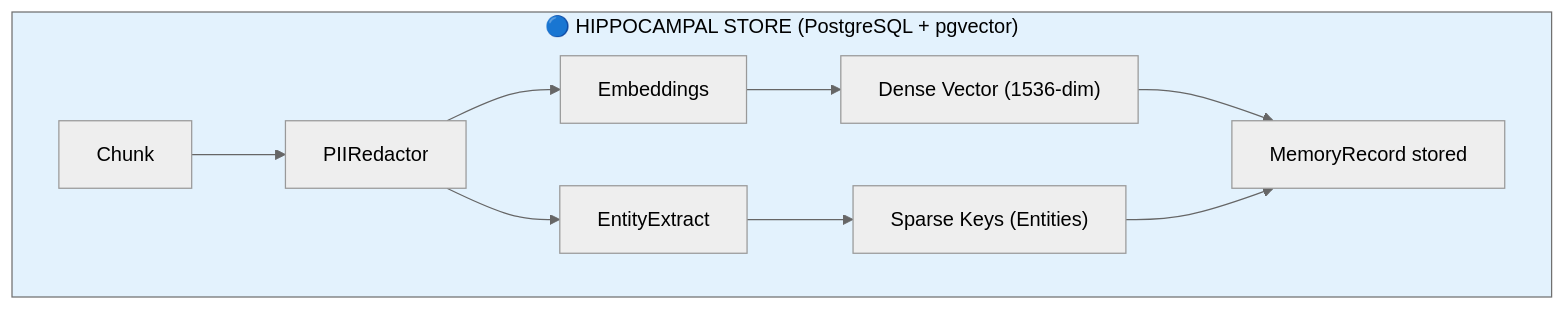
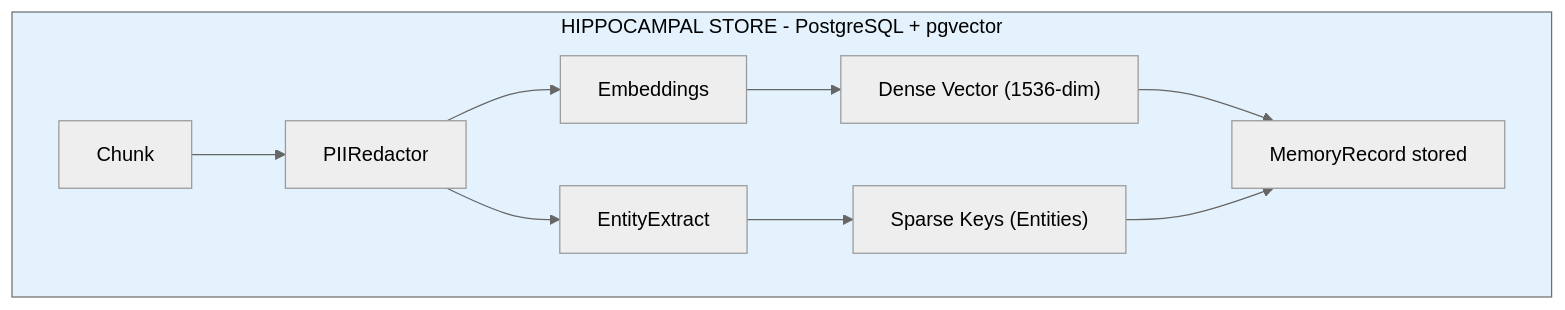
The fourth of 9 diagrams in README.md (avinash-mall/CognitiveMemoryLayer), drawn with Mermaid (neutral theme) before and after one commit. The commit also changed other lines of this file and 2 other files, not shown here.

````diff
--- a/README.md
+++ b/README.md
@@ -241,12 +237,12 @@
 ```mermaid
 flowchart TB
-    subgraph Hippo2["🔵 HIPPOCAMPAL STORE (PostgreSQL + pgvector)"]
+    subgraph Hippo2["HIPPOCAMPAL STORE - PostgreSQL + pgvector"]
         chunk["Chunk"] --> pii["PIIRedactor"]
         pii --> embed["Embeddings"]
         pii --> entity["EntityExtract"]
         embed --> dense["Dense Vector (1536-dim)"]
         entity --> sparse["Sparse Keys (Entities)"]
         dense & sparse --> record["MemoryRecord stored"]
     end
     style Hippo2 fill:#e3f2fd,color:#000
 ```
````
